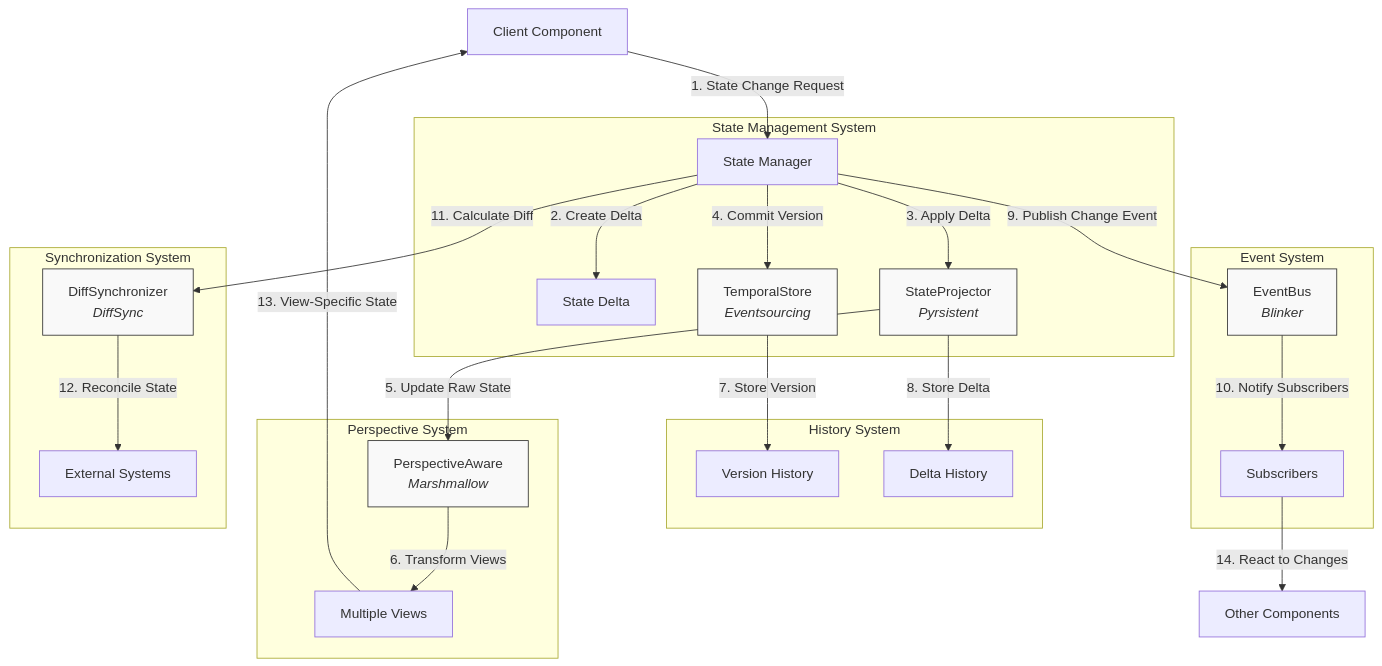
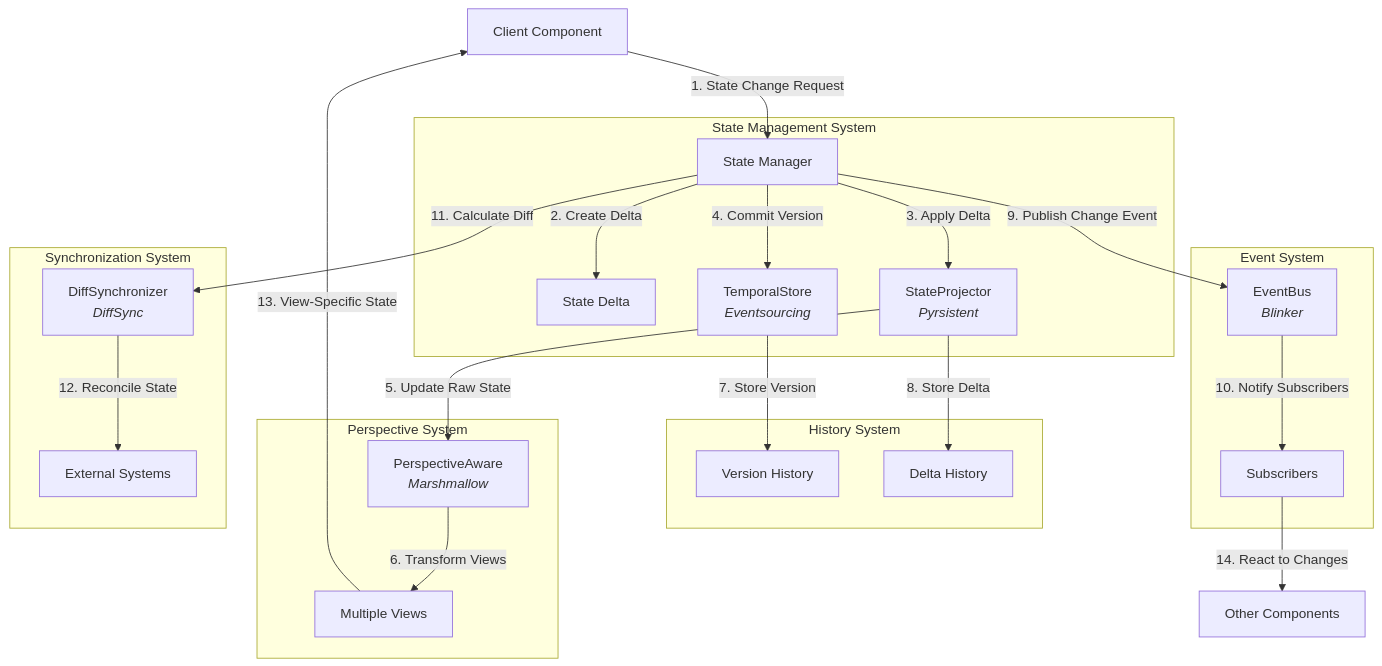
Before and after one commit to inherent-design/atlas: the diagram in docs/project-management/planning/nerv/composites/adaptive_state_management.md, drawn with Mermaid. The commit also changed 7 other files, not shown here.

First line of the commit message:
refactor: remove inline styling from mermaid diagrams

````diff
--- a/docs/project-management/planning/nerv/composites/adaptive_state_management.md
+++ b/docs/project-management/planning/nerv/composites/adaptive_state_management.md
@@ -34,36 +34,33 @@
 ```mermaid
 graph TD
     Client[Client Component] -->|1. State Change Request| StateManager[State Manager]
 
     subgraph "State Management System"
         StateManager -->|2. Create Delta| Delta[State Delta]
         StateManager -->|3. Apply Delta| StateProjector[StateProjector<br/><i>Pyrsistent</i>]
         StateManager -->|4. Commit Version| TemporalStore[TemporalStore<br/><i>Eventsourcing</i>]
     end
 
     subgraph "Perspective System"
         StateProjector -->|5. Update Raw State| PerspectiveAware[PerspectiveAware<br/><i>Marshmallow</i>]
         PerspectiveAware -->|6. Transform Views| Perspectives[Multiple Views]
     end
 
     subgraph "History System"
         TemporalStore -->|7. Store Version| VersionHistory[Version History]
         StateProjector -->|8. Store Delta| DeltaHistory[Delta History]
     end
 
     subgraph "Event System"
         StateManager -->|9. Publish Change Event| EventBus[EventBus<br/><i>Blinker</i>]
         EventBus -->|10. Notify Subscribers| Subscribers
     end
 
     subgraph "Synchronization System"
         StateManager -->|11. Calculate Diff| DiffSynchronizer[DiffSynchronizer<br/><i>DiffSync</i>]
         DiffSynchronizer -->|12. Reconcile State| ExternalSystems[External Systems]
     end
 
     Perspectives -->|13. View-Specific State| Client
     Subscribers -->|14. React to Changes| OtherComponents[Other Components]
-
-    classDef libraryNode fill:#f9f9f9,stroke:#333,stroke-width:1px;
-    class StateProjector,TemporalStore,PerspectiveAware,EventBus,DiffSynchronizer libraryNode;
 ```
````
